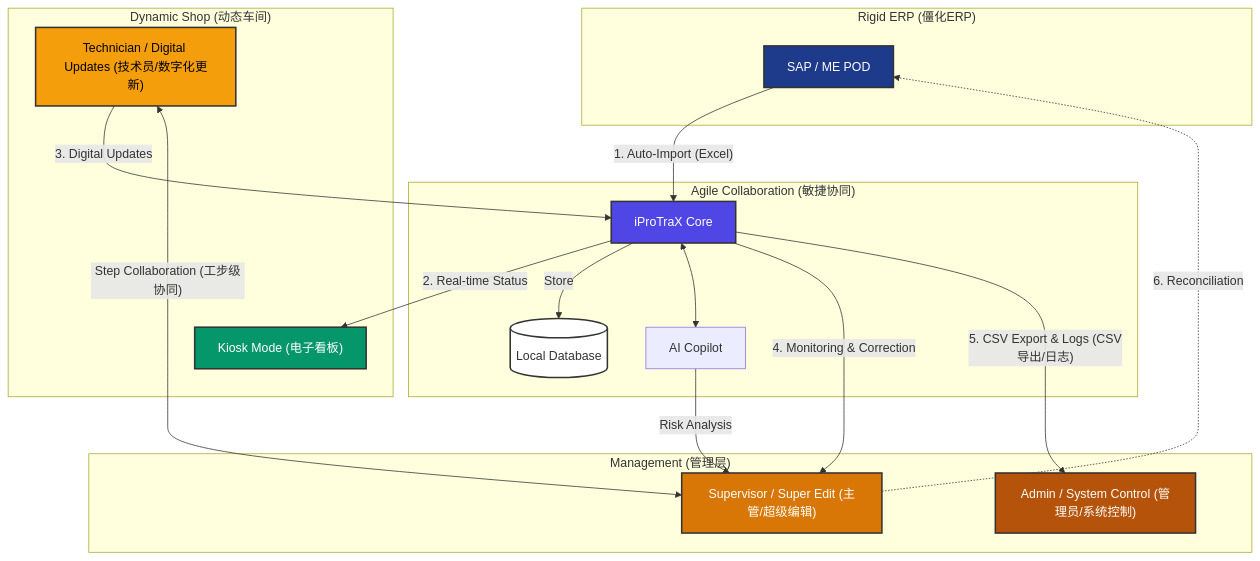
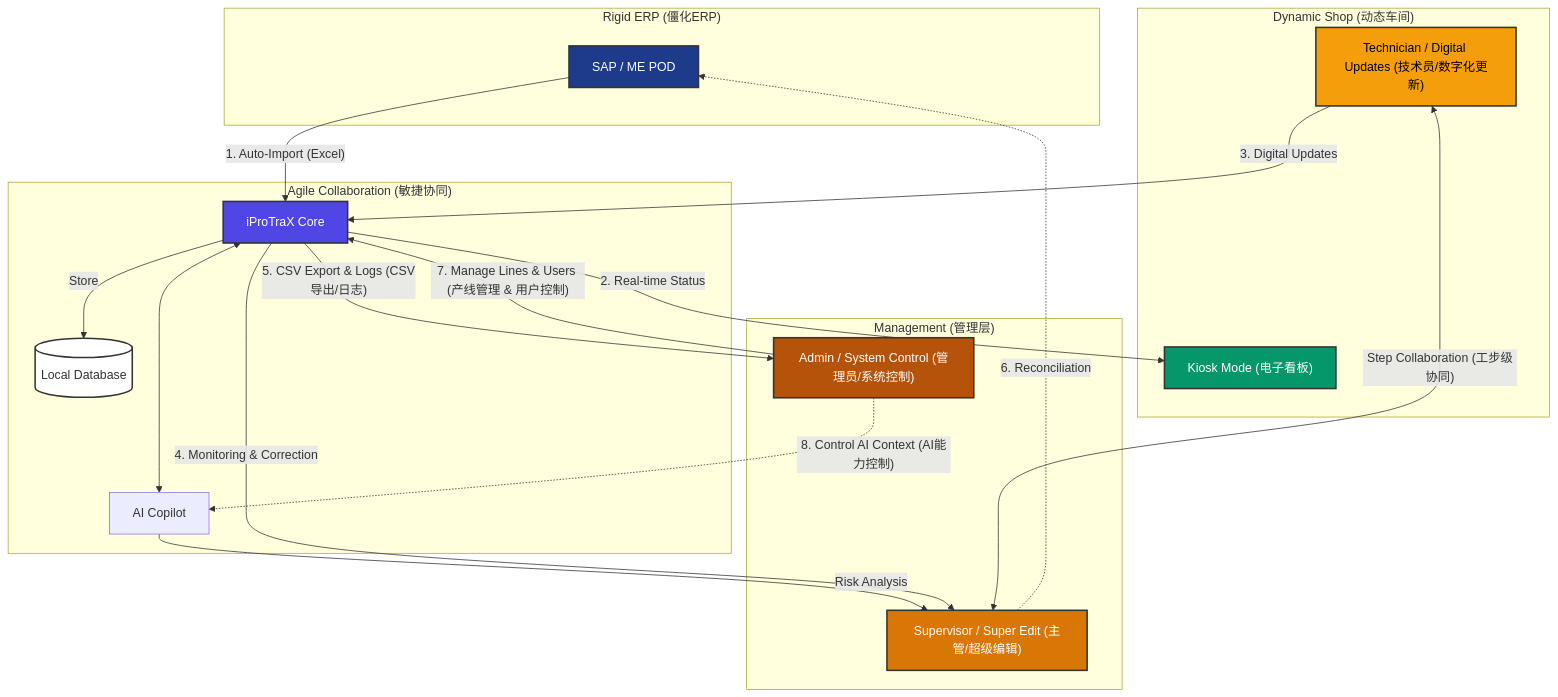
Before and after one commit to Tropical8818/ProTracker: the diagram in README_ZH.md, drawn with Mermaid. The commit also changed 1 other file, not shown here.

Commit message:
docs: add admin capabilities (line setup, user control, AI control) to architecture diagram

````diff
--- a/README_ZH.md
+++ b/README_ZH.md
@@ -41,51 +41,53 @@
 ```mermaid
 graph TD
     subgraph RigidERP ["Rigid ERP (僵化ERP)"]
         SAP[SAP / ME POD]
     end
 
     subgraph DynamicShop ["Dynamic Shop (动态车间)"]
         Tech["Technician / Digital Updates (技术员/数字化更新)"]
         Kiosk["Kiosk Mode (电子看板)"]
     end
 
     subgraph AgileCollaboration ["Agile Collaboration (敏捷协同)"]
         Core[iProTraX Core]
         DB[(Local Database)]
         AI[AI Copilot]
     end
 
     subgraph Management ["Management (管理层)"]
         Supervisor["Supervisor / Super Edit (主管/超级编辑)"]
         Admin["Admin / System Control (管理员/系统控制)"]
     end
 
     %% Connections
     SAP -->|"1. Auto-Import (Excel)"| Core
     Core -->|"2. Real-time Status"| Kiosk
     Tech -->|"3. Digital Updates"| Core
     Core -->|"Store"| DB
     Core <--> AI
     AI -->|"Risk Analysis"| Supervisor
     Core -->|"4. Monitoring & Correction"| Supervisor
     Core -->|"5. CSV Export & Logs (CSV导出/日志)"| Admin
+    Admin -->|"7. Manage Lines & Users (产线管理 & 用户控制)"| Core
+    Admin -.->|"8. Control AI Context (AI能力控制)"| AI
     Supervisor -.->|"6. Reconciliation"| SAP
     Tech <-->|"Step Collaboration (工步级协同)"| Supervisor
 
     %% Styling
     classDef sap fill:#1e3a8a,stroke:#333,stroke-width:2px,color:white;
     classDef core fill:#4f46e5,stroke:#333,stroke-width:2px,color:white;
     classDef kiosk fill:#059669,stroke:#333,stroke-width:2px,color:white;
     classDef super fill:#d97706,stroke:#333,stroke-width:2px,color:white;
     classDef admin fill:#b45309,stroke:#333,stroke-width:2px,color:white;
     classDef db fill:#fff,stroke:#333,stroke-width:2px;
     classDef shop fill:#f59e0b,stroke:#333,stroke-width:2px,color:black;
 
     class SAP sap;
     class Core core;
     class Kiosk kiosk;
     class Supervisor super;
     class Admin admin;
     class DB db;
     class Tech shop;
 ```
````
